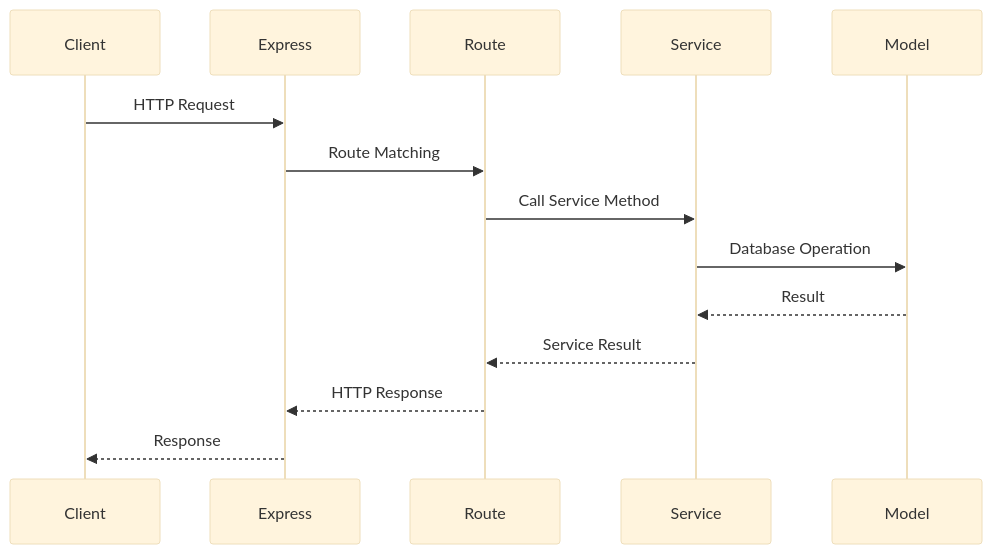
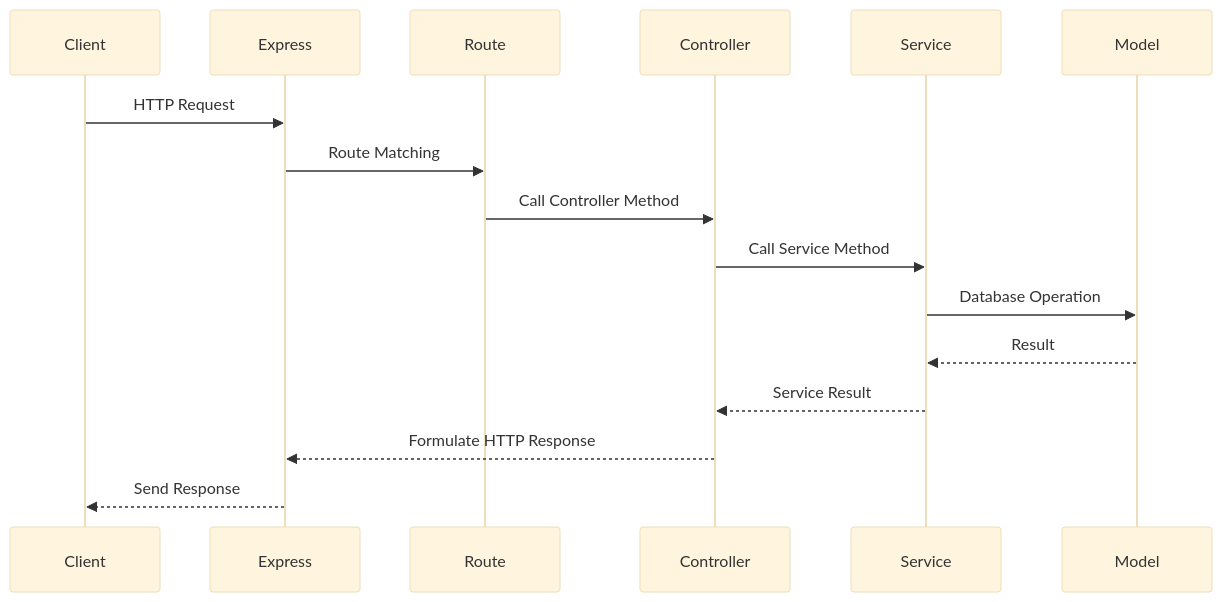
Before and after one commit to Celestial-0/TrueFare: the first of 2 diagrams in backend/docs/MVC_ARCHITECTURE.md, drawn with Mermaid (base theme). The commit also changed other lines of this file and 10 other files, not shown here.

````diff
--- a/backend/docs/MVC_ARCHITECTURE.md
+++ b/backend/docs/MVC_ARCHITECTURE.md
@@ -118,16 +77,18 @@
 ```mermaid
 sequenceDiagram
     participant Client
     participant Express
     participant Route
+    participant Controller
     participant Service
     participant Model
     Client->>Express: HTTP Request
     Express->>Route: Route Matching
-    Route->>Service: Call Service Method
+    Route->>Controller: Call Controller Method
+    Controller->>Service: Call Service Method
     Service->>Model: Database Operation
     Model-->>Service: Result
-    Service-->>Route: Service Result
-    Route-->>Express: HTTP Response
-    Express-->>Client: Response
+    Service-->>Controller: Service Result
+    Controller-->>Express: Formulate HTTP Response
+    Express-->>Client: Send Response
 ```
````
